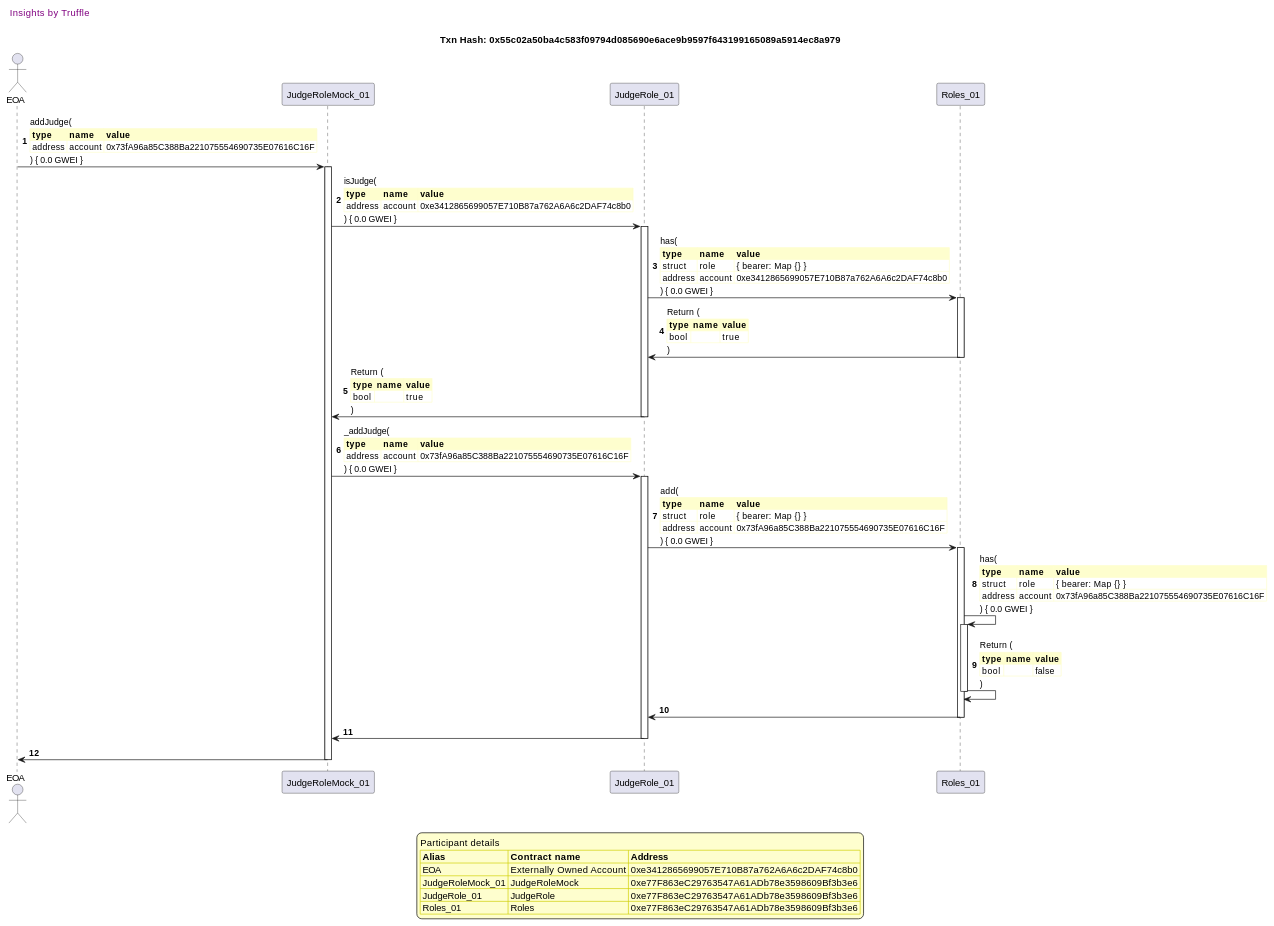
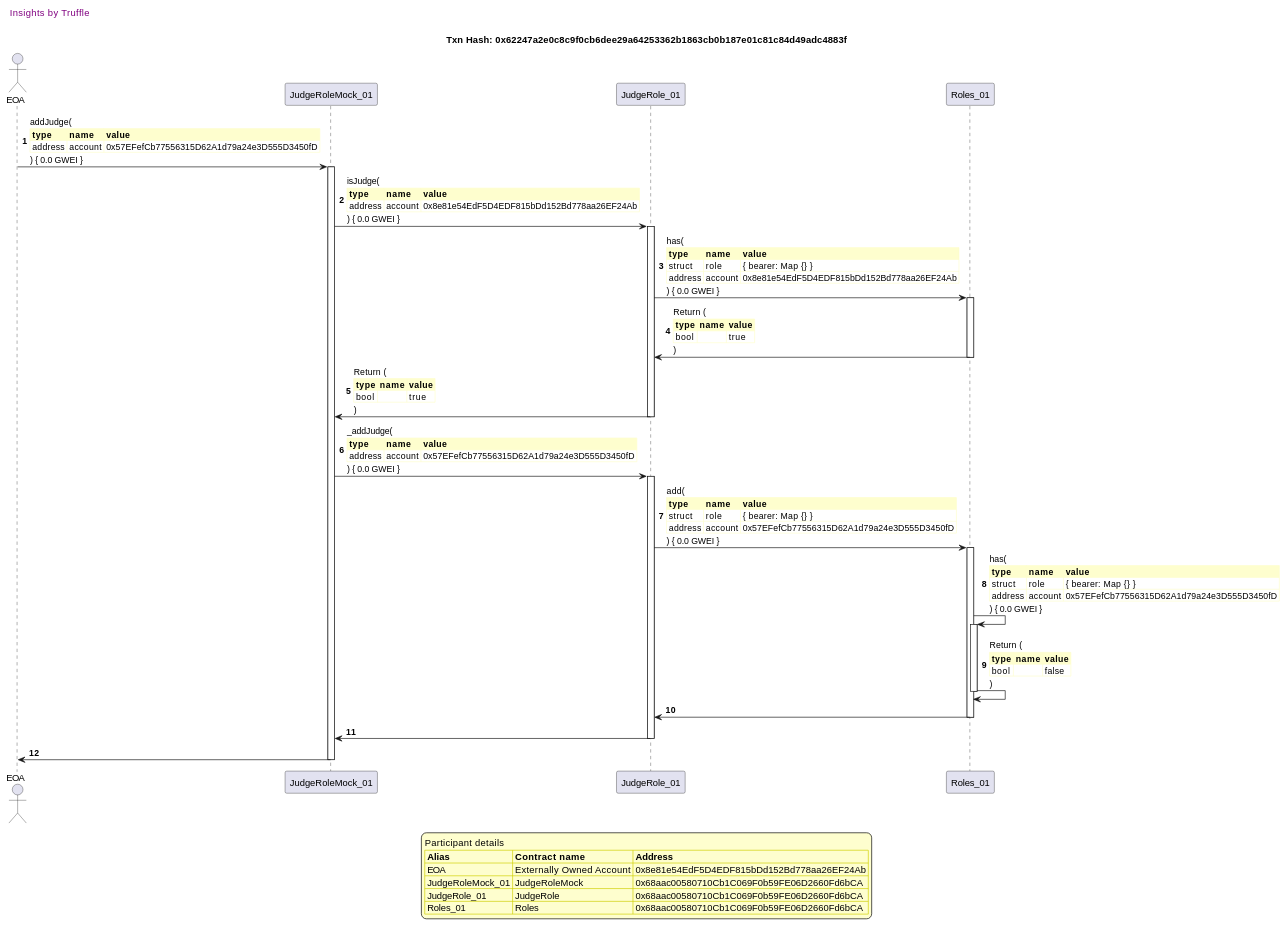
Before and after one commit to fodisi/hackapay: diagram 14 of 41 in truffle-seq/roles_judgerole.md, drawn with PlantUML. The commit also changed other lines of this file and 10 other files, not shown here.

````diff
--- a/truffle-seq/roles_judgerole.md
+++ b/truffle-seq/roles_judgerole.md
@@ -1049,81 +1049,81 @@
 ```plantuml
 
 
 @startuml
 
 autonumber
 skinparam legendBackgroundColor #FEFECE
 
 <style>
       header {
         HorizontalAlignment left
         FontColor purple
         FontSize 14
         Padding 10
       }
     </style>
 
 header Insights by Truffle
 
-title Txn Hash: 0x55c02a50ba4c583f09794d085690e6ace9b9597f643199165089a5914ec8a979
+title Txn Hash: 0x62247a2e0c8c9f0cb6dee29a64253362b1863cb0b187e01c81c84d49adc4883f
 
 
 actor EOA as "EOA"
 participant JudgeRoleMock_01 as "JudgeRoleMock_01"
 participant JudgeRole_01 as "JudgeRole_01"
 participant Roles_01 as "Roles_01"
 
 "EOA" -> "JudgeRoleMock_01" ++: addJudge(\n\
 <#FEFECE,#FEFECE>|= type |= name |= value |\n\
-| address | account | 0x73fA96a85C388Ba221075554690735E07616C16F |\n\
+| address | account | 0x57EFefCb77556315D62A1d79a24e3D555D3450fD |\n\
 ) { 0.0 GWEI }
 "JudgeRoleMock_01" -> "JudgeRole_01" ++: isJudge(\n\
 <#FEFECE,#FEFECE>|= type |= name |= value |\n\
-| address | account | 0xe3412865699057E710B87a762A6A6c2DAF74c8b0 |\n\
+| address | account | 0x8e81e54EdF5D4EDF815bDd152Bd778aa26EF24Ab |\n\
 ) { 0.0 GWEI }
 "JudgeRole_01" -> "Roles_01" ++: has(\n\
 <#FEFECE,#FEFECE>|= type |= name |= value |\n\
 | struct | role | { bearer: Map {} } |\n\
-| address | account | 0xe3412865699057E710B87a762A6A6c2DAF74c8b0 |\n\
+| address | account | 0x8e81e54EdF5D4EDF815bDd152Bd778aa26EF24Ab |\n\
 ) { 0.0 GWEI }
 "Roles_01" -> "JudgeRole_01" --: Return (\n\
 <#FEFECE,#FEFECE>|= type |= name |= value |\n\
 | bool |  | true |\n\
 )
 "JudgeRole_01" -> "JudgeRoleMock_01" --: Return (\n\
 <#FEFECE,#FEFECE>|= type |= name |= value |\n\
 | bool |  | true |\n\
 )
 "JudgeRoleMock_01" -> "JudgeRole_01" ++: _addJudge(\n\
 <#FEFECE,#FEFECE>|= type |= name |= value |\n\
-| address | account | 0x73fA96a85C388Ba221075554690735E07616C16F |\n\
+| address | account | 0x57EFefCb77556315D62A1d79a24e3D555D3450fD |\n\
 ) { 0.0 GWEI }
 "JudgeRole_01" -> "Roles_01" ++: add(\n\
 <#FEFECE,#FEFECE>|= type |= name |= value |\n\
 | struct | role | { bearer: Map {} } |\n\
-| address | account | 0x73fA96a85C388Ba221075554690735E07616C16F |\n\
+| address | account | 0x57EFefCb77556315D62A1d79a24e3D555D3450fD |\n\
 ) { 0.0 GWEI }
 "Roles_01" -> "Roles_01" ++: has(\n\
 <#FEFECE,#FEFECE>|= type |= name |= value |\n\
 | struct | role | { bearer: Map {} } |\n\
-| address | account | 0x73fA96a85C388Ba221075554690735E07616C16F |\n\
+| address | account | 0x57EFefCb77556315D62A1d79a24e3D555D3450fD |\n\
 ) { 0.0 GWEI }
 "Roles_01" -> "Roles_01" --: Return (\n\
 <#FEFECE,#FEFECE>|= type |= name |= value |\n\
 | bool |  | false |\n\
 )
 "Roles_01" -> "JudgeRole_01" --: 
 "JudgeRole_01" -> "JudgeRoleMock_01" --: 
 "JudgeRoleMock_01" -> "EOA" --: 
 
 legend
 Participant details
 <#FEFECE,#D0D000>|= Alias |= Contract name |= Address |
-<#FEFECE>| EOA | Externally Owned Account | 0xe3412865699057E710B87a762A6A6c2DAF74c8b0 |
-<#FEFECE>| JudgeRoleMock_01 | JudgeRoleMock | 0xe77F863eC29763547A61ADb78e3598609Bf3b3e6 |
-<#FEFECE>| JudgeRole_01 | JudgeRole | 0xe77F863eC29763547A61ADb78e3598609Bf3b3e6 |
-<#FEFECE>| Roles_01 | Roles | 0xe77F863eC29763547A61ADb78e3598609Bf3b3e6 |
+<#FEFECE>| EOA | Externally Owned Account | 0x8e81e54EdF5D4EDF815bDd152Bd778aa26EF24Ab |
+<#FEFECE>| JudgeRoleMock_01 | JudgeRoleMock | 0x68aac00580710Cb1C069F0b59FE06D2660Fd6bCA |
+<#FEFECE>| JudgeRole_01 | JudgeRole | 0x68aac00580710Cb1C069F0b59FE06D2660Fd6bCA |
+<#FEFECE>| Roles_01 | Roles | 0x68aac00580710Cb1C069F0b59FE06D2660Fd6bCA |
 endlegend
 
 @enduml
 ```
````
